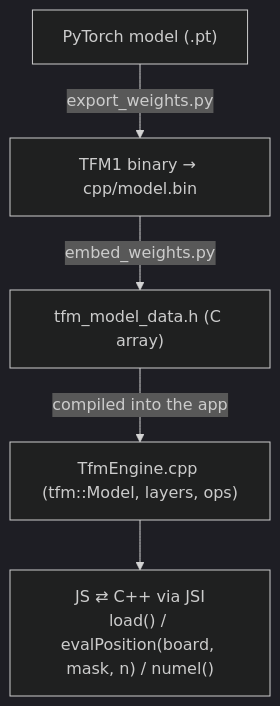
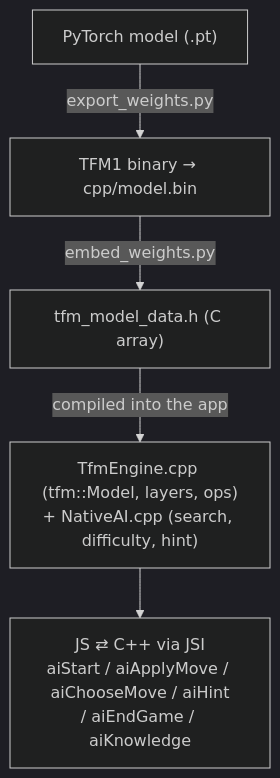
One commit to darkslayer-ns/3d-tiktactoe changed the ninth of 12 diagrams in README.md. Above: the diagram before and after it, drawn with Mermaid (dark theme). The commit also changed other lines of this file and 2 other files, not shown here.

Commit message:
docs: reflect native AI session (search/hint/memory/profiles now C++)

````diff
--- a/README.md
+++ b/README.md
@@ -465,7 +466,7 @@
 ```mermaid
 flowchart TD
     PT["PyTorch model (.pt)"] -->|"export_weights.py"| TFM["TFM1 binary → cpp/model.bin"]
     TFM -->|"embed_weights.py"| H["tfm_model_data.h (C array)"]
-    H -->|"compiled into the app"| CPP["TfmEngine.cpp (tfm::Model, layers, ops)"]
-    CPP --> JSI["JS ⇄ C++ via JSI<br/>load() / evalPosition(board, mask, n) / numel()"]
+    H -->|"compiled into the app"| CPP["TfmEngine.cpp (tfm::Model, layers, ops)<br/>+ NativeAI.cpp (search, difficulty, hint)"]
+    CPP --> JSI["JS ⇄ C++ via JSI<br/>aiStart / aiApplyMove / aiChooseMove / aiHint<br/>/ aiEndGame / aiKnowledge"]
 ```
````
